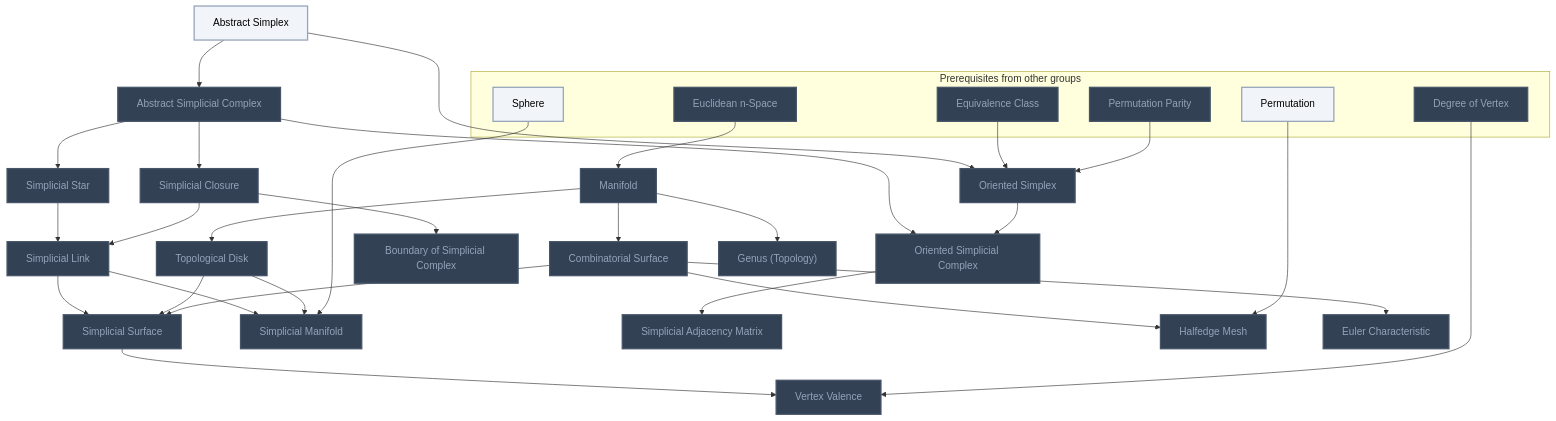
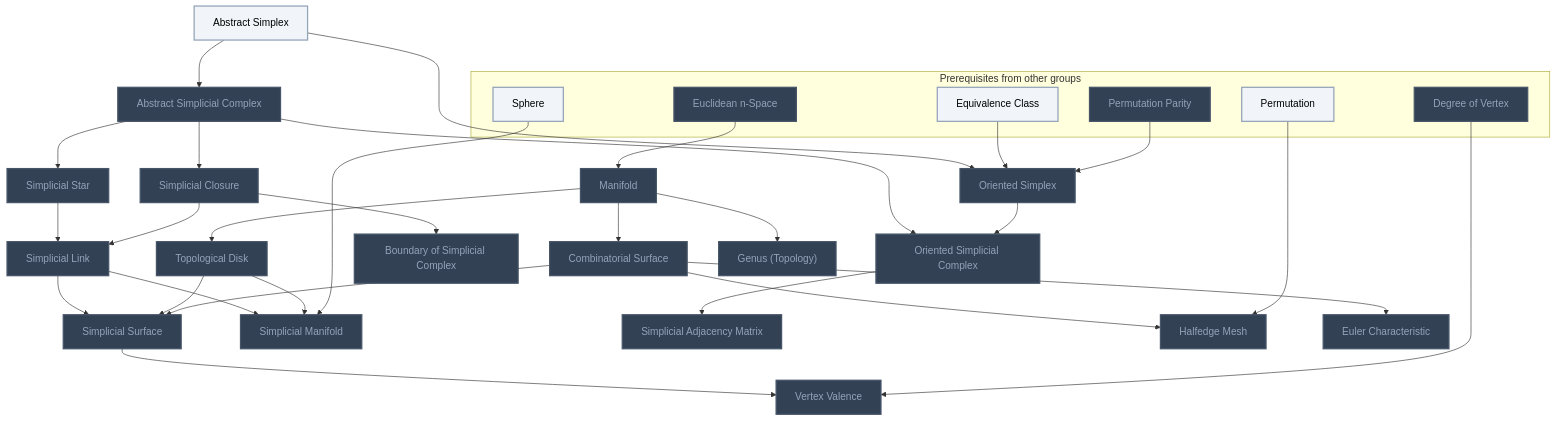
The fourth of 21 diagrams in Gamification/Skill Trees/Differential Geometry.md (MRauf1/My-Notes), drawn with Mermaid before and after one commit. The commit also changed other lines of this file and 62 other files, not shown here.

````diff
--- a/Gamification/Skill Trees/Differential Geometry.md
+++ b/Gamification/Skill Trees/Differential Geometry.md
@@ -425,68 +428,68 @@
 ```mermaid
 flowchart TD
     classDef planned fill:#1E293B,stroke:#64748B,stroke-width:2px,stroke-dasharray:5 5,color:#94A3B8;
     classDef locked fill:#334155,stroke:#475569,stroke-width:2px,color:#94A3B8;
     classDef L0 fill:#F1F5F9,stroke:#94A3B8,stroke-width:2px,color:#000000;
     classDef L1 fill:#22C55E,stroke:#15803D,stroke-width:2px,color:#000000;
     classDef L2 fill:#3B82F6,stroke:#1D4ED8,stroke-width:3px,color:#FFFFFF;
     classDef L3 fill:#A855F7,stroke:#6B21A8,stroke-width:3px,color:#FFFFFF,font-weight:bold;
     classDef L4 fill:#F97316,stroke:#C2410C,stroke-width:4px,color:#000000,font-weight:bold;
     classDef L5 fill:#FFD700,stroke:#FF8C00,stroke-width:5px,color:#000000,font-weight:bold;
     classDef rusty stroke:#8B4513,stroke-width:4px,stroke-dasharray:3 3;
     subgraph sg_prereqs["Prerequisites from other groups"]
         n_euclidean_n_space["Euclidean n-Space"]
         n_equivalence_class["Equivalence Class"]
         n_permutation_parity["Permutation Parity"]
         n_sphere["Sphere"]
         n_permutation["Permutation"]
         n_degree_of_vertex["Degree of Vertex"]
     end
     n_manifold["Manifold"]
     n_topological_disk["Topological Disk"]
     n_combinatorial_surface["Combinatorial Surface"]
     n_abstract_simplex["Abstract Simplex"]
     n_abstract_simplicial_complex["Abstract Simplicial Complex"]
     n_simplicial_star["Simplicial Star"]
     n_simplicial_closure["Simplicial Closure"]
     n_simplicial_link["Simplicial Link"]
     n_boundary_of_simplicial_complex["Boundary of Simplicial Complex"]
     n_oriented_simplex["Oriented Simplex"]
     n_oriented_simplicial_complex["Oriented Simplicial Complex"]
     n_simplicial_surface["Simplicial Surface"]
     n_simplicial_manifold["Simplicial Manifold"]
     n_simplicial_adjacency_matrix["Simplicial Adjacency Matrix"]
     n_halfedge_mesh["Halfedge Mesh"]
     n_genus_topology["Genus (Topology)"]
     n_euler_characteristic["Euler Characteristic"]
     n_vertex_valence["Vertex Valence"]
     n_euclidean_n_space --> n_manifold
     n_manifold --> n_topological_disk
     n_manifold --> n_combinatorial_surface
     n_abstract_simplex --> n_abstract_simplicial_complex
     n_abstract_simplicial_complex --> n_simplicial_star
     n_abstract_simplicial_complex --> n_simplicial_closure
     n_simplicial_star --> n_simplicial_link
     n_simplicial_closure --> n_simplicial_link
     n_simplicial_closure --> n_boundary_of_simplicial_complex
     n_abstract_simplex --> n_oriented_simplex
     n_equivalence_class --> n_oriented_simplex
     n_permutation_parity --> n_oriented_simplex
     n_abstract_simplicial_complex --> n_oriented_simplicial_complex
     n_oriented_simplex --> n_oriented_simplicial_complex
     n_simplicial_link --> n_simplicial_surface
     n_topological_disk --> n_simplicial_surface
     n_combinatorial_surface --> n_simplicial_surface
     n_simplicial_link --> n_simplicial_manifold
     n_topological_disk --> n_simplicial_manifold
     n_sphere --> n_simplicial_manifold
     n_oriented_simplicial_complex --> n_simplicial_adjacency_matrix
     n_combinatorial_surface --> n_halfedge_mesh
     n_permutation --> n_halfedge_mesh
     n_manifold --> n_genus_topology
     n_combinatorial_surface --> n_euler_characteristic
     n_simplicial_surface --> n_vertex_valence
     n_degree_of_vertex --> n_vertex_valence
-    class n_euclidean_n_space,n_equivalence_class,n_permutation_parity,n_degree_of_vertex,n_manifold,n_topological_disk,n_combinatorial_surface,n_abstract_simplicial_complex,n_simplicial_star,n_simplicial_closure,n_simplicial_link,n_boundary_of_simplicial_complex,n_oriented_simplex,n_oriented_simplicial_complex,n_simplicial_surface,n_simplicial_manifold,n_simplicial_adjacency_matrix,n_halfedge_mesh,n_genus_topology,n_euler_characteristic,n_vertex_valence locked;
-    class n_sphere,n_permutation,n_abstract_simplex L0;
+    class n_euclidean_n_space,n_permutation_parity,n_degree_of_vertex,n_manifold,n_topological_disk,n_combinatorial_surface,n_abstract_simplicial_complex,n_simplicial_star,n_simplicial_closure,n_simplicial_link,n_boundary_of_simplicial_complex,n_oriented_simplex,n_oriented_simplicial_complex,n_simplicial_surface,n_simplicial_manifold,n_simplicial_adjacency_matrix,n_halfedge_mesh,n_genus_topology,n_euler_characteristic,n_vertex_valence locked;
+    class n_equivalence_class,n_sphere,n_permutation,n_abstract_simplex L0;
     class n_euclidean_n_space,n_equivalence_class,n_permutation_parity,n_sphere,n_permutation,n_degree_of_vertex,n_manifold,n_topological_disk,n_combinatorial_surface,n_abstract_simplex,n_abstract_simplicial_complex,n_simplicial_star,n_simplicial_closure,n_simplicial_link,n_boundary_of_simplicial_complex,n_oriented_simplex,n_oriented_simplicial_complex,n_simplicial_surface,n_simplicial_manifold,n_simplicial_adjacency_matrix,n_halfedge_mesh,n_genus_topology,n_euler_characteristic,n_vertex_valence internal-link;
 ```
````
